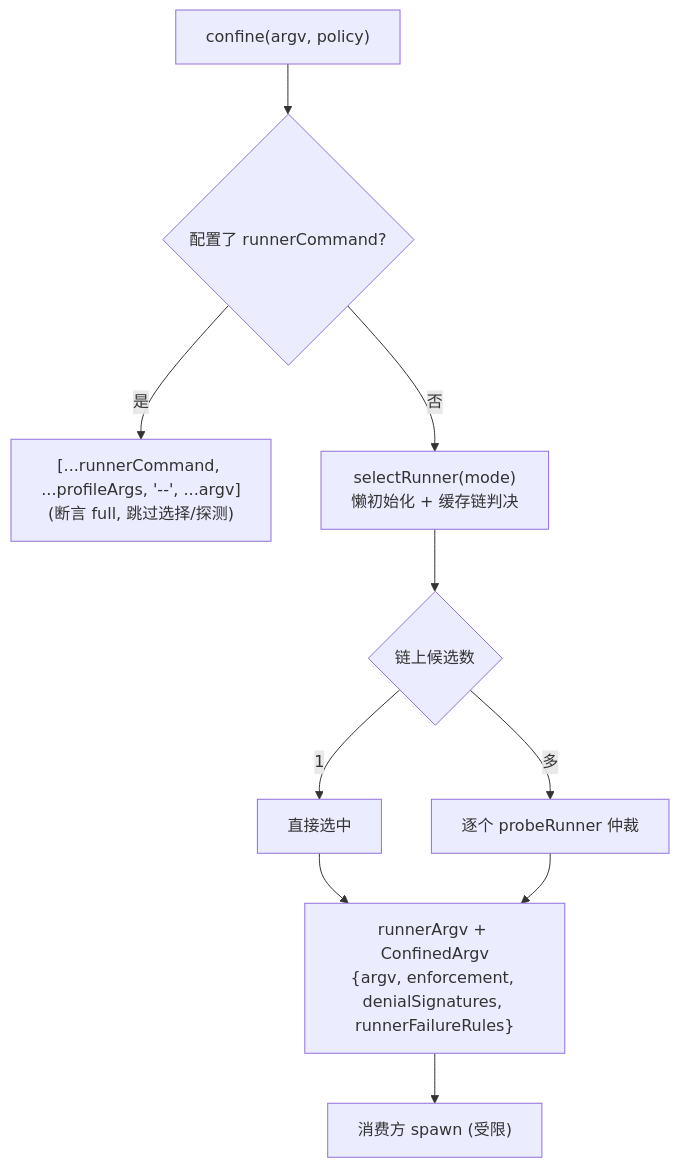
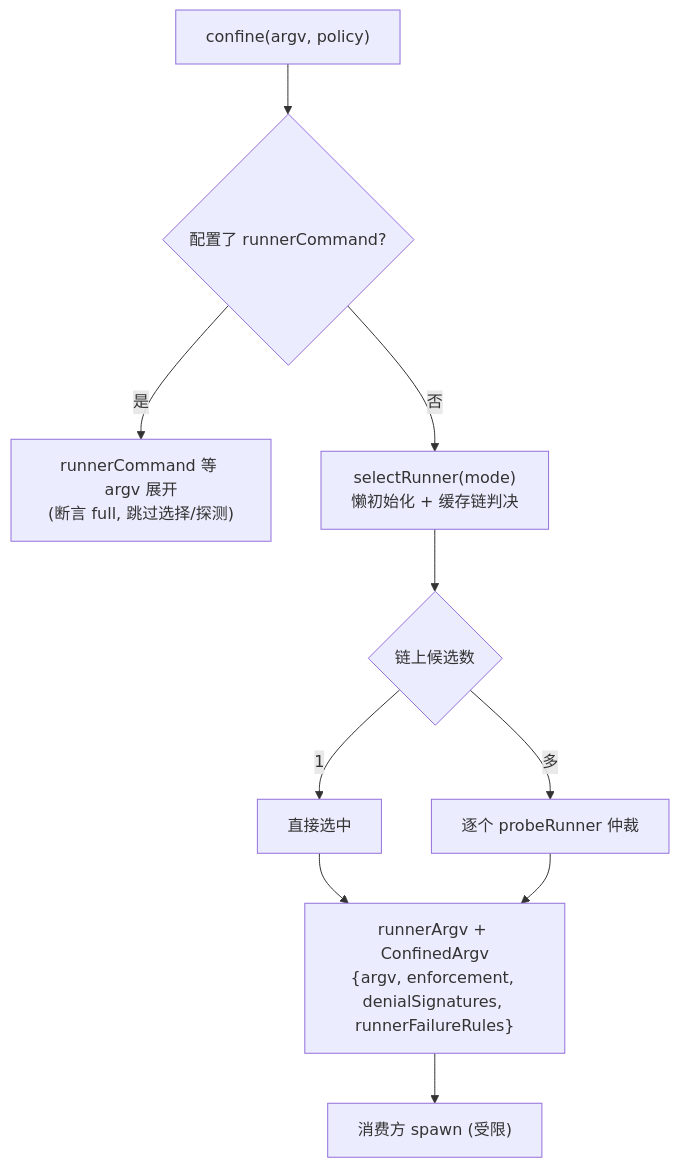
One commit to UranusGit/java-agent-learn changed the second of 3 diagrams in docs/附录/15-开源代码深度分析/05-安全-沙箱-权限与凭证.md. Above: the diagram before and after it, drawn with Mermaid. The commit also changed other lines of this file and 244 other files, not shown here.

````diff
--- a/docs/附录/15-开源代码深度分析/05-安全-沙箱-权限与凭证.md
+++ b/docs/附录/15-开源代码深度分析/05-安全-沙箱-权限与凭证.md
@@ -57,12 +57,12 @@
 ```mermaid
 flowchart TD
     A["confine(argv, policy)"] --> B{"配置了 runnerCommand?"}
-    B -- 是 --> C["[...runnerCommand, ...profileArgs, '--', ...argv]<br/>(断言 full, 跳过选择/探测)"]
+    B -- 是 --> C["runnerCommand 等 argv 展开<br/>(断言 full, 跳过选择/探测)"]
     B -- 否 --> D["selectRunner(mode)<br/>懒初始化 + 缓存链判决"]
     D --> E{"链上候选数"}
     E -- 1 --> F["直接选中"]
     E -- 多 --> G["逐个 probeRunner 仲裁"]
     F --> H["runnerArgv + ConfinedArgv<br/>{argv, enforcement, denialSignatures, runnerFailureRules}"]
     G --> H
     H --> I["消费方 spawn (受限)"]
 ```
````
